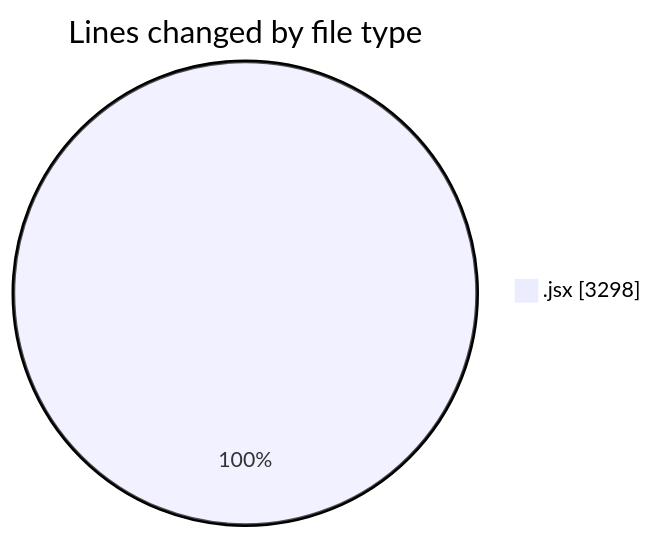
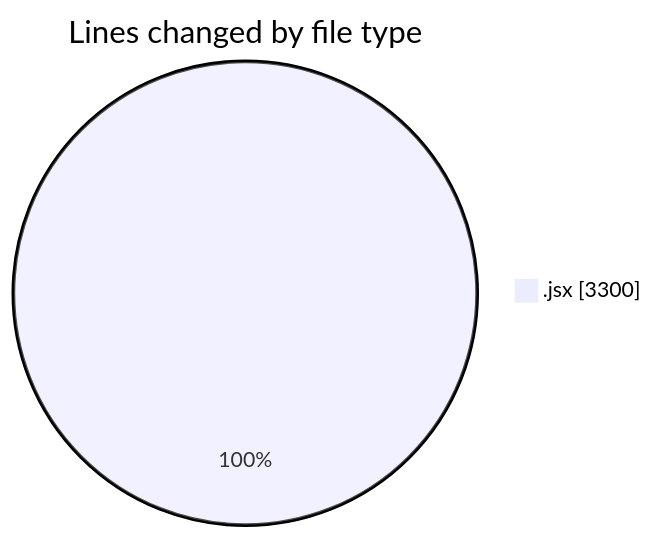
One commit to nxtqubesakshisongat/code-tracking changed the first of 2 diagrams in 2025-07-15/argos/README.md. Above: the diagram before and after it, drawn with Mermaid. The commit also changed other lines of this file and 1 other file, not shown here.

````diff
--- a/2025-07-15/argos/README.md
+++ b/2025-07-15/argos/README.md
@@ -25,5 +25,5 @@
 ```mermaid
 pie showData
 title Lines changed by file type
-".jsx" : 3298
+".jsx" : 3300
 ```
````
